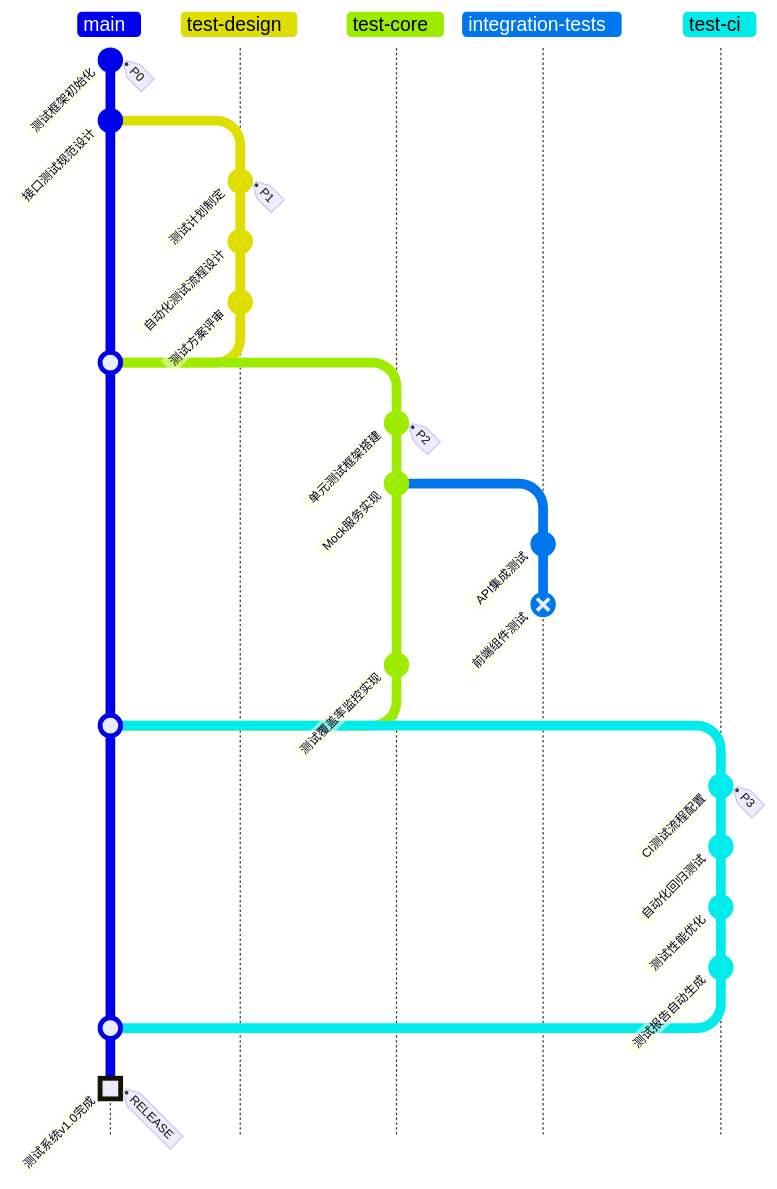
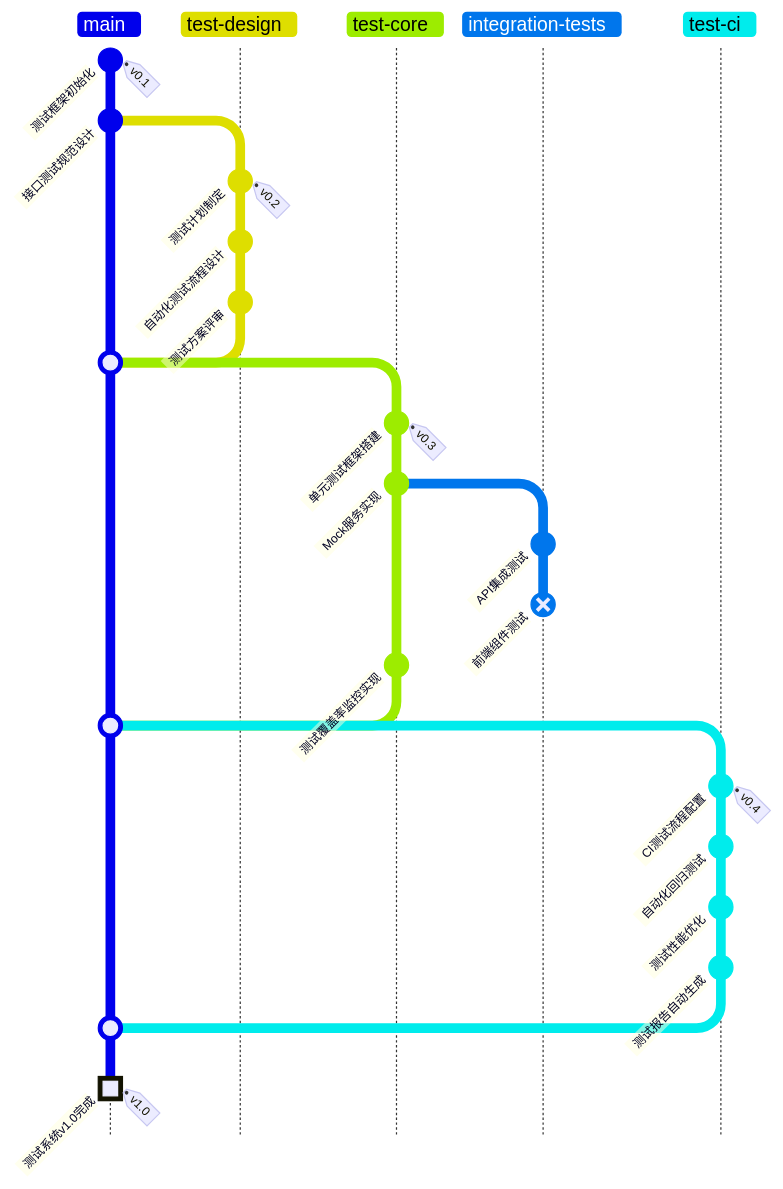
One commit to linyuxuanlin/FlowMinder changed the diagram in example_project/feature-test.md. Above: the diagram before and after it, drawn with Mermaid. The commit also changed other lines of this file and 3 other files, not shown here.

````diff
--- a/example_project/feature-test.md
+++ b/example_project/feature-test.md
@@ -3,33 +3,33 @@
 ```mermaid
 gitGraph TB:
-    commit id: "测试框架初始化" tag: "P0"
+    commit id: "测试框架初始化" tag: "v0.1"
     commit id: "接口测试规范设计"
     branch test-design
     checkout test-design
-    commit id: "测试计划制定" tag: "P1"
+    commit id: "测试计划制定" tag: "v0.2"
     commit id: "自动化测试流程设计"
     commit id: "测试方案评审"
     checkout main
     merge test-design
     branch test-core
     checkout test-core
-    commit id: "单元测试框架搭建" tag: "P2"
+    commit id: "单元测试框架搭建" tag: "v0.3"
     commit id: "Mock服务实现"
     branch integration-tests
     checkout integration-tests
     commit id: "API集成测试"
     commit id: "前端组件测试" type: REVERSE
     checkout test-core
     commit id: "测试覆盖率监控实现"
     checkout main
     merge test-core
     branch test-ci
     checkout test-ci
-    commit id: "CI测试流程配置" tag: "P3"
+    commit id: "CI测试流程配置" tag: "v0.4"
     commit id: "自动化回归测试"
     commit id: "测试性能优化"
     commit id: "测试报告自动生成"
     checkout main
     merge test-ci
-    commit id: "测试系统v1.0完成" type: HIGHLIGHT tag: "RELEASE"
+    commit id: "测试系统v1.0完成" type: HIGHLIGHT tag: "v1.0"
 ```
````
